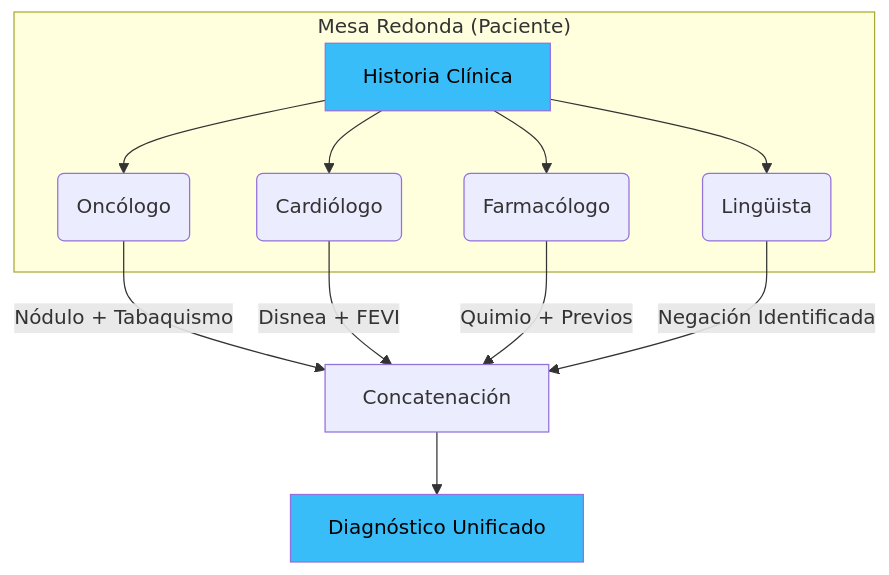
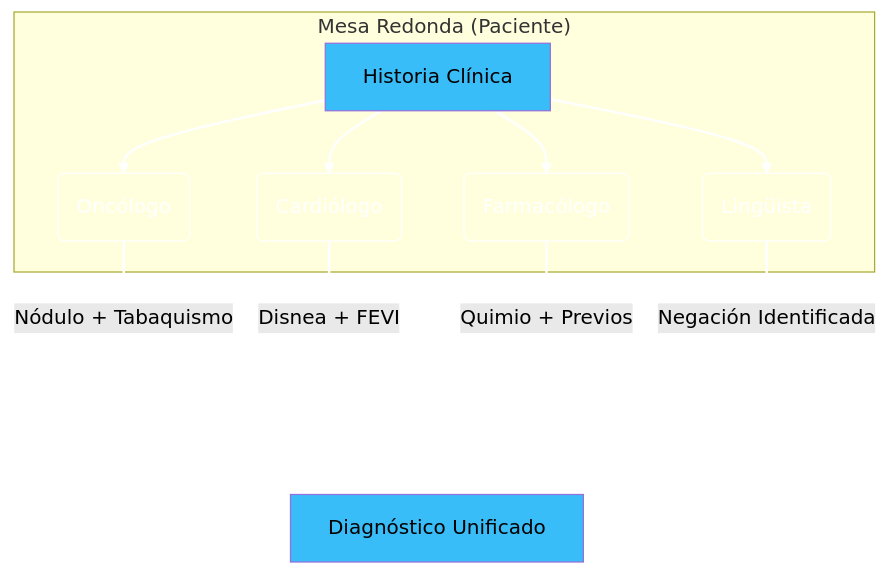
One commit to aotal/ai2026_llm changed the third of 9 diagrams in Curso_Completo_IA_Salud.qmd. Above: the diagram before and after it, drawn with Mermaid. The commit also changed other lines of this file and 7 other files, not shown here.

````diff
--- a/Curso_Completo_IA_Salud.qmd
+++ b/Curso_Completo_IA_Salud.qmd
@@ -499,18 +511,21 @@
 ```{mermaid}
 graph TD
     subgraph "Mesa Redonda (Paciente)"
     A[Historia Clínica] --> H1(Oncólogo)
     A --> H2(Cardiólogo)
     A --> H3(Farmacólogo)
     A --> H4(Lingüista)
     end
     
-    H1 -->|Nódulo + Tabaquismo| C[Concatenación]
+    H1 -->|Nódulo + Tabaquismo| C
     H2 -->|Disnea + FEVI| C
     H3 -->|Quimio + Previos| C
     H4 -->|Negación Identificada| C
     
     C --> D[Diagnóstico Unificado]
     style A fill:#38bdf8,color:#000
     style D fill:#38bdf8,color:#000
+    classDef transparentNode fill:none,stroke:#fff,color:#fff;
+    class H1,H2,H3,H4,C transparentNode;
+    linkStyle 0,1,2,3,4,5,6,7,8 stroke:#fff,color:#000,stroke-width:2px;
 ```
````
